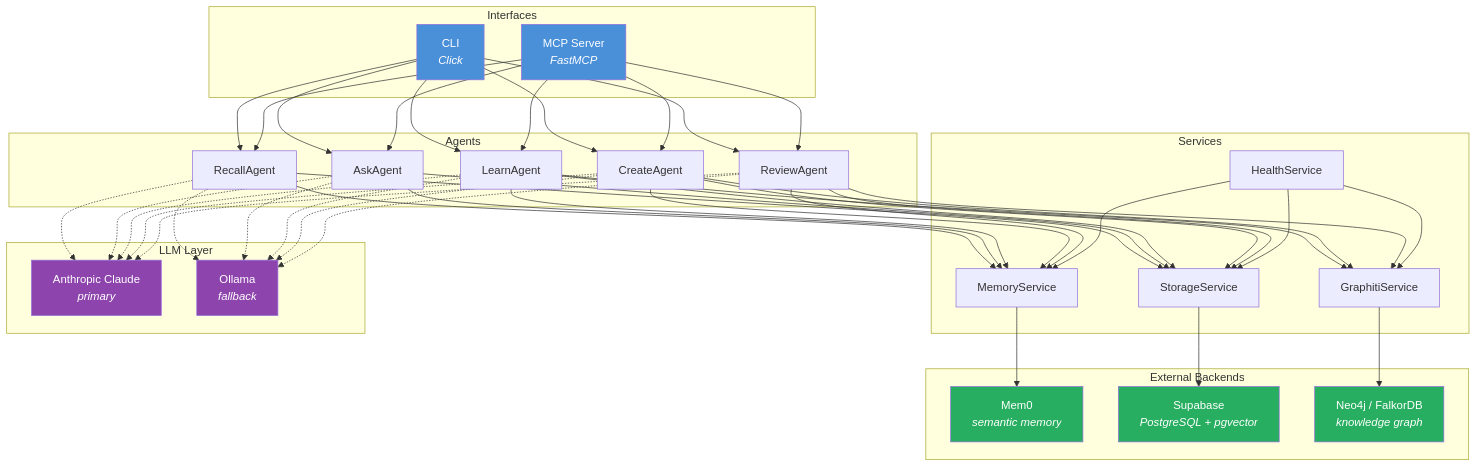
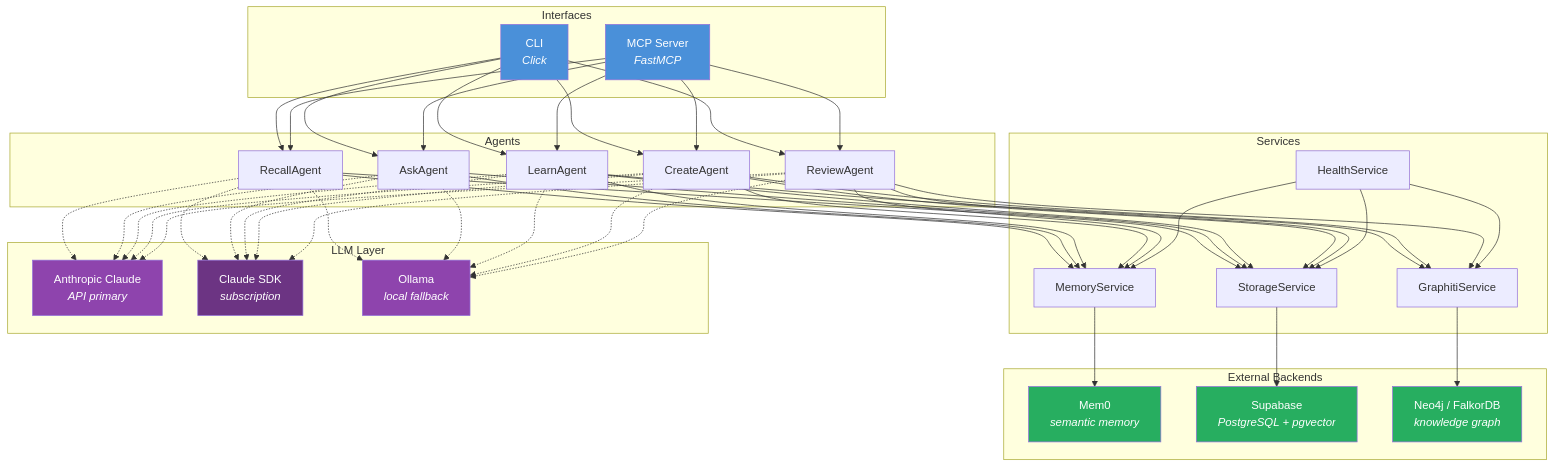
One commit to ryanjosebrosas/second-brain-ultimatum changed the fourth of 8 diagrams in README.md. Above: the diagram before and after it, drawn with Mermaid. The commit also changed other lines of this file, not shown here.

First line of the commit message:
docs: add Claude subscription auth setup to README

````diff
--- a/README.md
+++ b/README.md
@@ -253,55 +253,58 @@
 ```mermaid
 graph TD
     subgraph "Interfaces"
         CLI["CLI<br/><i>Click</i>"]
         MCP["MCP Server<br/><i>FastMCP</i>"]
     end
 
     subgraph "Agents"
         RA["RecallAgent"]
         AA["AskAgent"]
         LA["LearnAgent"]
         CA["CreateAgent"]
         RV["ReviewAgent"]
     end
 
     subgraph "Services"
         MS["MemoryService"]
         SS["StorageService"]
         HS["HealthService"]
         GS["GraphitiService"]
     end
 
     subgraph "External Backends"
         M0["Mem0<br/><i>semantic memory</i>"]
         SB["Supabase<br/><i>PostgreSQL + pgvector</i>"]
         N4["Neo4j / FalkorDB<br/><i>knowledge graph</i>"]
     end
 
     subgraph "LLM Layer"
-        CLAUDE["Anthropic Claude<br/><i>primary</i>"]
-        OLLAMA["Ollama<br/><i>fallback</i>"]
+        CLAUDE["Anthropic Claude<br/><i>API primary</i>"]
+        SDK["Claude SDK<br/><i>subscription</i>"]
+        OLLAMA["Ollama<br/><i>local fallback</i>"]
     end
 
     CLI --> RA & AA & LA & CA & RV
     MCP --> RA & AA & LA & CA & RV
 
     RA & AA & LA & CA & RV --> MS & SS
     LA & CA & RV --> GS
 
     MS --> M0
     SS --> SB
     GS --> N4
     HS --> SS & MS & GS
 
     RA & AA & LA & CA & RV -.-> CLAUDE
+    RA & AA & LA & CA & RV -.-> SDK
     RA & AA & LA & CA & RV -.-> OLLAMA
 
     style CLI fill:#4a90d9,color:#fff
     style MCP fill:#4a90d9,color:#fff
     style CLAUDE fill:#8e44ad,color:#fff
+    style SDK fill:#6c3483,color:#fff
     style OLLAMA fill:#8e44ad,color:#fff
     style M0 fill:#27ae60,color:#fff
     style SB fill:#27ae60,color:#fff
     style N4 fill:#27ae60,color:#fff
 ```
````
